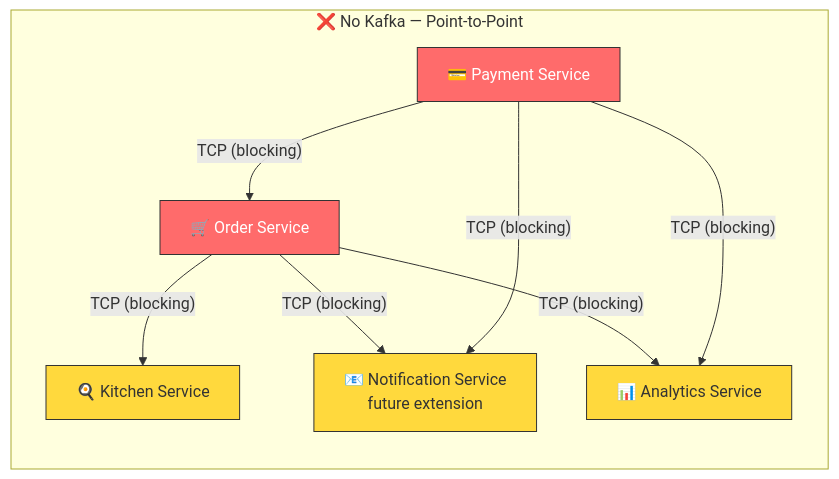
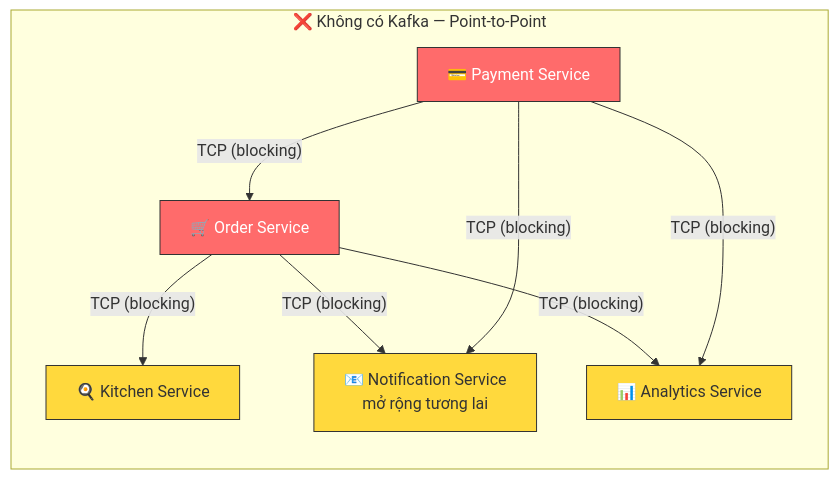
Before and after one commit to quan-vo-dinh/saas-pos-microservices-qrtable: the first of 38 diagrams in docs/guides/kafka-qrtable.md, drawn with Mermaid. The commit also changed other lines of this file and 62 other files, not shown here.

````diff
--- a/docs/guides/kafka-qrtable.md
+++ b/docs/guides/kafka-qrtable.md
@@ -52,23 +51,23 @@
 ```mermaid
 graph LR
-subgraph "❌ No Kafka — Point-to-Point"
+subgraph "❌ Không có Kafka — Point-to-Point"
         OS["🛒 Order Service"]
         PS["💳 Payment Service"]
         KS["🍳 Kitchen Service"]
-        NS["📧 Notification Service<br/>future extension"]
+        NS["📧 Notification Service<br/>mở rộng tương lai"]
         AS["📊 Analytics Service"]
 
         OS -->|"TCP (blocking)"| KS
         OS -->|"TCP (blocking)"| NS
         OS -->|"TCP (blocking)"| AS
         PS -->|"TCP (blocking)"| OS
         PS -->|"TCP (blocking)"| NS
         PS -->|"TCP (blocking)"| AS
     end
 
     style OS fill:#ff6b6b,stroke:#333,color:#fff
     style PS fill:#ff6b6b,stroke:#333,color:#fff
     style KS fill:#ffd93d,stroke:#333,color:#333
     style NS fill:#ffd93d,stroke:#333,color:#333
     style AS fill:#ffd93d,stroke:#333,color:#333
 ```
````
